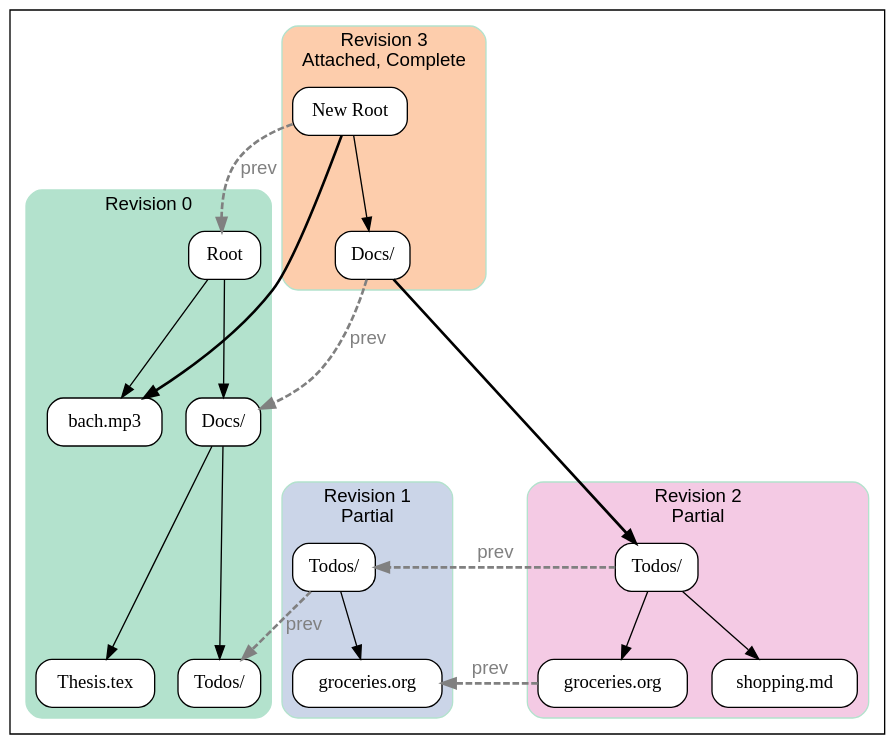
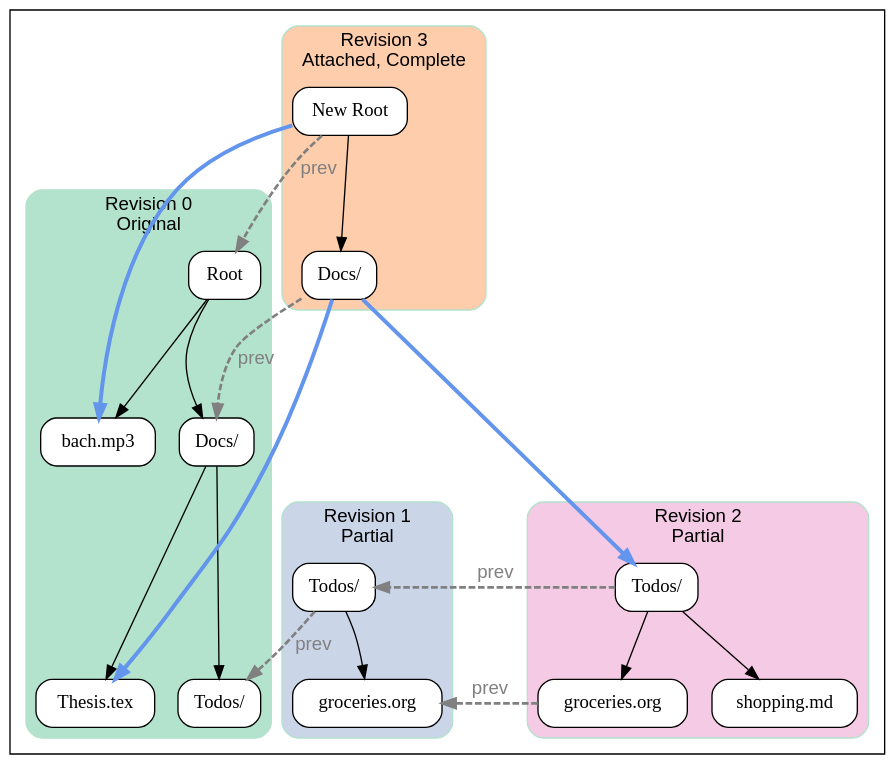
Before and after one commit to wnfs-wg/spec: the diagram in spec/diagrams/attach.dot, drawn with Graphviz. The commit also changed 1 other file, not shown here.

Commit message:
Tweak diagram

```diff
--- a/spec/diagrams/attach.dot
+++ b/spec/diagrams/attach.dot
@@ -1,106 +1,110 @@
 digraph G {
     #########
     # SETUP #
     #########
 
     compound = true
     fontname = "Helvetica"
 
     edge [
         colorscheme = "pastel28"
         fontname = "Helvetica"
     ];
 
     node [
         shape = plaintext
         style = "rounded,filled"
         fillcolor = white
         shape = box
     ];
 
     graph [
         colorscheme = "pastel28"
         style = "rounded,filled"
         color = 1
         fontcolor = black
     ];
 
     #########
     # NODES #
     #########
 
     subgraph cluster_main {
-        label = "Revision 0"
+        label = "Revision 0\nOriginal"
 
         a [label = "Root" shape = box]
         c [label = "Docs/"]
         d [label = "bach.mp3"]
         f [label = "Thesis.tex"]
         e [label = "Todos/"]
 
         a -> {c d} [minlen = 2]
         c -> {e f} [minlen = 2]
     }
 
     subgraph cluster_rev1 {
         label = "Revision 1\nPartial"
         fillcolor = 3
 
         i [label = "Todos/"]
         j [label = "groceries.org"]
 
         i -> j
     }
 
     subgraph cluster_rev2 {
         label = "Revision 2\nPartial"
         fillcolor = 4
 
         k [label = "Todos/"]
         l [label = "groceries.org"]
         m [label = "shopping.md"]
 
         k -> {l m}
     }
 
     subgraph cluster_attach {
         label = "Revision 3\nAttached, Complete"
         fillcolor = 2
 
         o [label = "Docs/"]
         n [label = "New Root" shape = box]
 
         n -> o
     }
 
     #########
     # EDGES #
     #########
 
-    edge [penwidth = 2 ]
+    edge [
+        penwidth = 3
+        color = cornflowerblue
+    ]
 
     o -> k
+    o -> f
     n -> d
 
     edge [
         penwidth = 2
         style = dashed
         fontcolor = grey
         color = grey
         label = "prev"
     ]
 
     i -> e [weight = 100]
     k -> i [weight = 100 minlen = 5]
     n -> a [weight = 100]
     o -> c
     l -> j [minlen = 2]
 
     #########
     # HACKS #
     #########
 
     i -> l [style = invis]
     j -> l [style = invis]
     j -> l [weight = 100 style = invis]
 }
```
